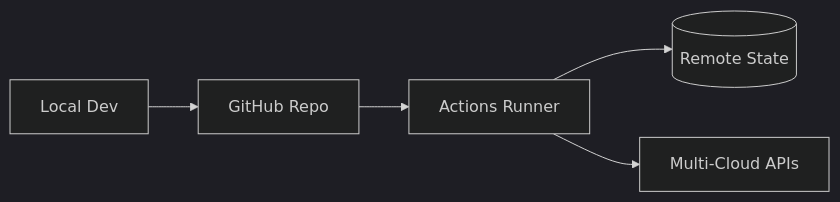
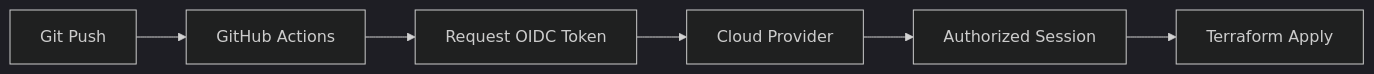
Before and after one commit to Devopstrio/terraform-platform-modules: the sixth of 10 diagrams in README.md, drawn with Mermaid (dark theme). The commit also changed other lines of this file, not shown here.

Commit message:
docs: implement 10+ professional architecture diagrams with fixed mermaid rendering

````diff
--- a/README.md
+++ b/README.md
@@ -106,7 +171,8 @@
 ```mermaid
 graph LR
-    Local[Local Dev] --> Git[GitHub Repo]
-    Git --> Actions[Actions Runner]
-    Actions --> State[(Remote State)]
-    Actions --> Cloud[Multi-Cloud APIs]
+    Push[Git Push] --> GH[GitHub Actions]
+    GH --> OIDC[Request OIDC Token]
+    OIDC --> Cloud[Cloud Provider]
+    Cloud --> Auth[Authorized Session]
+    Auth --> Apply[Terraform Apply]
 ```
````
